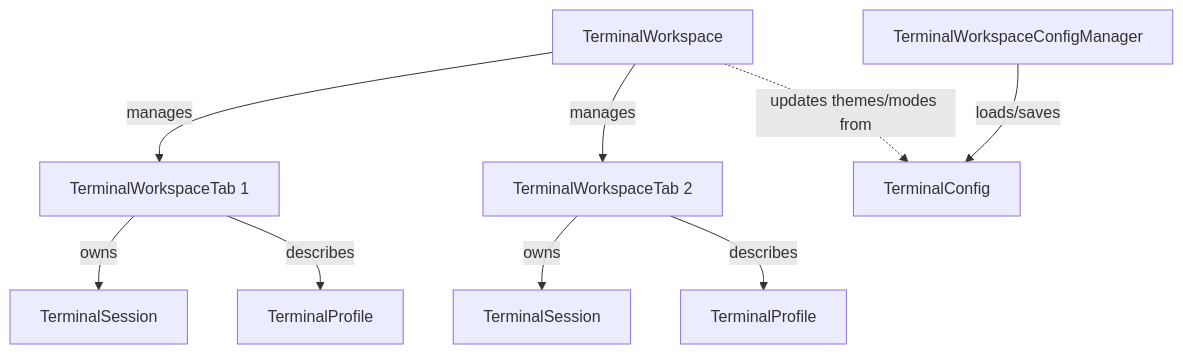
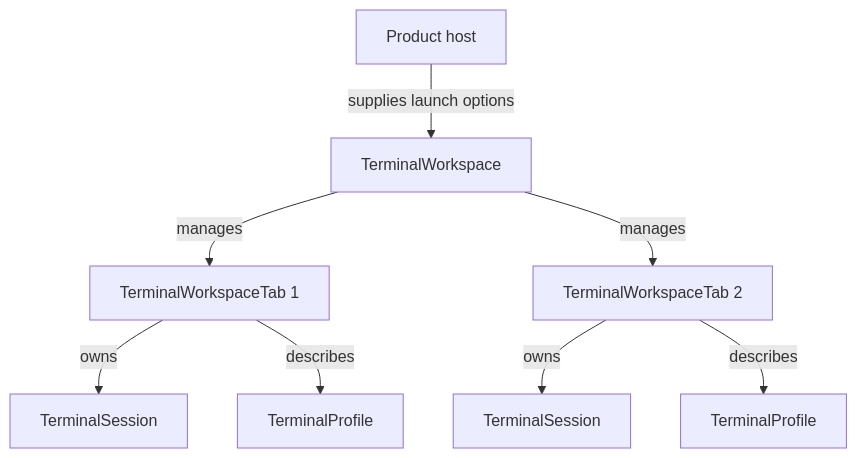
The diagram in ketraterm-workspace/Module.md (ketraterm/KetraTerm), drawn with Mermaid before and after one commit. The commit also changed other lines of this file and 90 other files, not shown here.

Commit message:
feat(core): enhance terminal settings management with immutable configuration snapshots and builder patterns for Swing settings and PTY options

````diff
--- a/ketraterm-workspace/Module.md
+++ b/ketraterm-workspace/Module.md
@@ -27,14 +27,13 @@
 ```mermaid
 graph TD
     Workspace["TerminalWorkspace"] -->|manages| Tab1["TerminalWorkspaceTab 1"]
     Workspace -->|manages| Tab2["TerminalWorkspaceTab 2"]
     
     Tab1 -->|owns| Session1["TerminalSession"]
     Tab1 -->|describes| Profile1["TerminalProfile"]
     
     Tab2 -->|owns| Session2["TerminalSession"]
     Tab2 -->|describes| Profile2["TerminalProfile"]
 
-    ConfigManager["TerminalWorkspaceConfigManager"] -->|loads/saves| Config["TerminalConfig"]
-    Workspace -.->|updates themes/modes from| Config
+    Host["Product host"] -->|supplies launch options| Workspace
 ```
````
